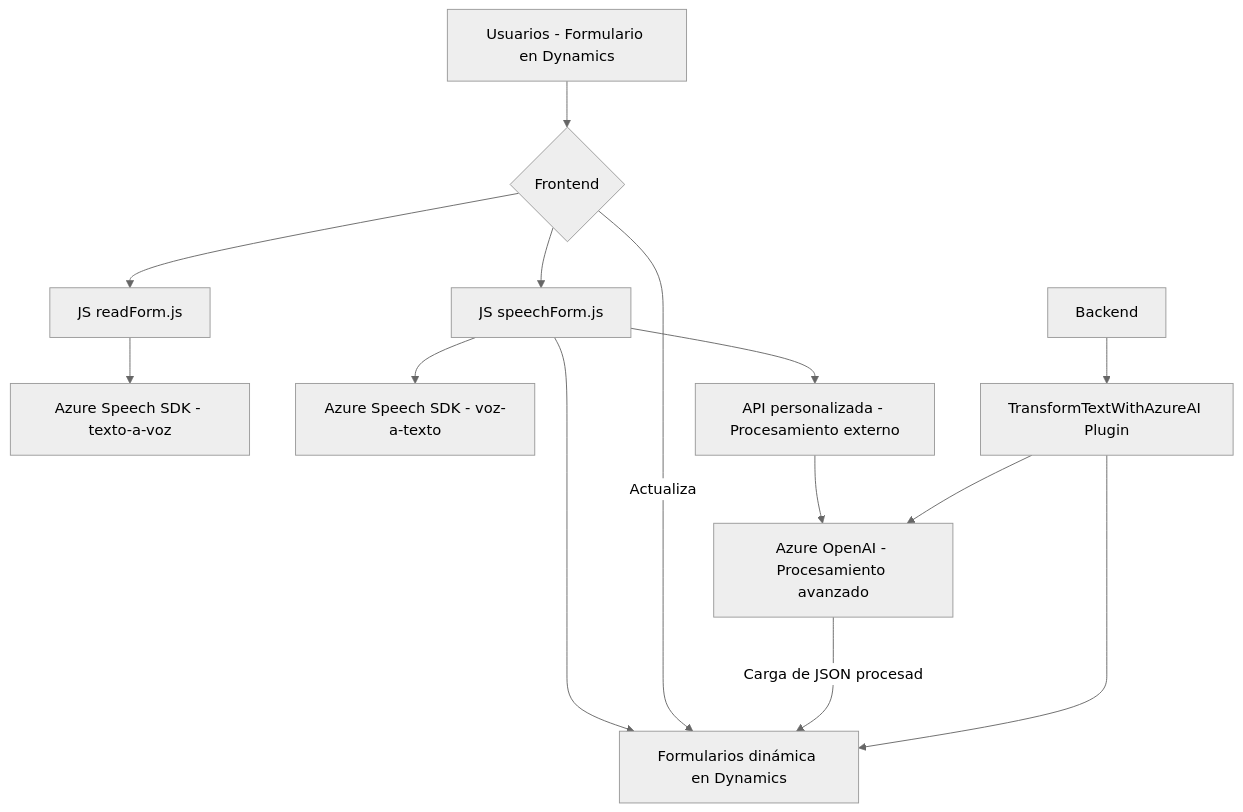
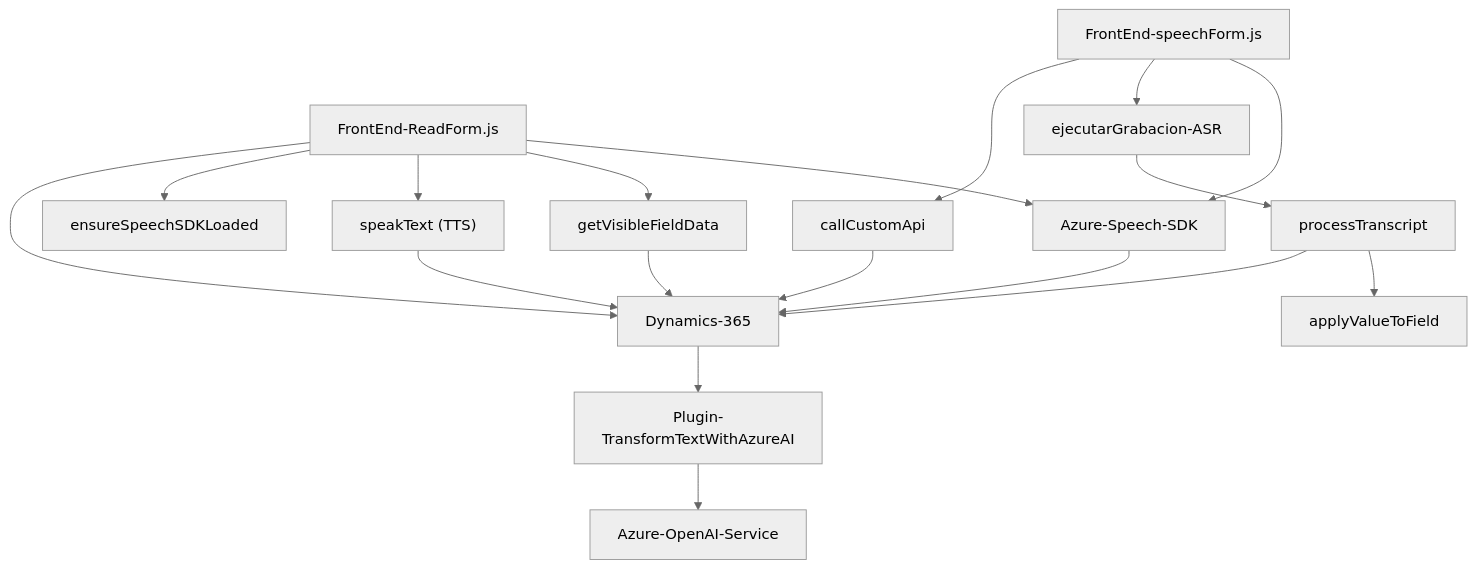
One commit to blopezdm/NETCORE_BILBAO2025 changed the diagram in README.md. Above: the diagram before and after it, drawn with Mermaid (neutral theme). The commit also changed other lines of this file, not shown here.

````diff
--- a/README.md
+++ b/README.md
@@ -37,19 +38,22 @@
 ```mermaid
 graph TD
-  A["Usuarios - Formulario en Dynamics"] --> B{"Frontend"}
-  B --> C["JS readForm.js"]
-  B --> D["JS speechForm.js"]
-  C --> E["Azure Speech SDK - texto-a-voz"]
-  D --> F["Azure Speech SDK - voz-a-texto"]
-  D --> G["API personalizada - Procesamiento externo"]
-  D --> H["Formularios dinámica en Dynamics"]
-  G --> I["Azure OpenAI - Procesamiento avanzado"]
+  A["FrontEnd-ReadForm.js"] --> B1["Azure-Speech-SDK"]
+  A --> B2["getVisibleFieldData"]
+  A --> B3["speakText (TTS)"]
+  A --> B4["ensureSpeechSDKLoaded"]
+  A --> D["Dynamics-365"]
+  B1 --> D
+  B2 --> D
+  B3 --> D
 
-  B --Actualiza--> H
-  I --Carga de JSON procesado--> H
-
-  Z["Backend"]
-  Z --> J["TransformTextWithAzureAI Plugin"]
-  J --> I
-  J --> H
+  C["FrontEnd-speechForm.js"] --> B1
+  C --> E1["ejecutarGrabacion-ASR"]
+  E1 --> E2["processTranscript"]
+  E2 --> E3["applyValueToField"]
+  E2 --> D
+  C --> F["callCustomApi"]
+  F --> D
+  
+  D --> G["Plugin-TransformTextWithAzureAI"]
+  G --> H["Azure-OpenAI-Service"]
 ```
````
